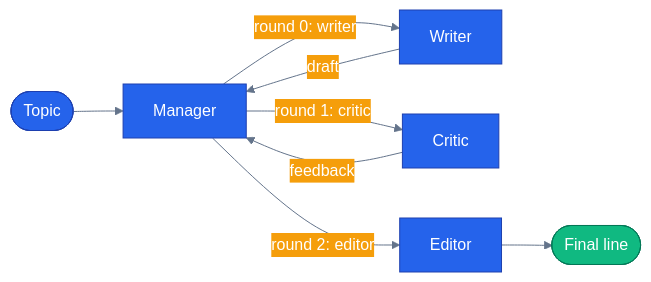
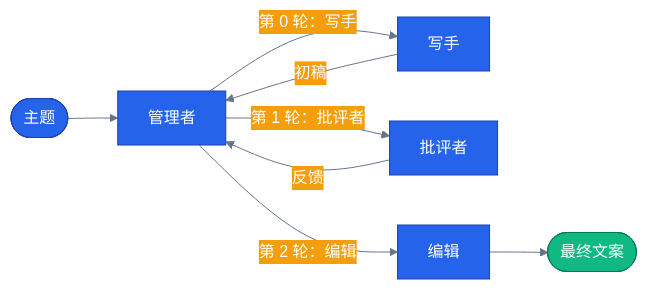
One commit to s1encisi/reliable-commerce-agents changed the diagram in tutorials/15-group-chat-orchestration/README.md. Above: the diagram before and after it, drawn with Mermaid. The commit also changed other lines of this file and 1033 other files, not shown here.

````diff
--- a/tutorials/15-group-chat-orchestration/README.md
+++ b/tutorials/15-group-chat-orchestration/README.md
@@ -28,31 +30,31 @@
 ```mermaid
 %%{init: {'theme':'base', 'themeVariables': {
   'primaryColor': '#2563eb','primaryTextColor': '#ffffff','primaryBorderColor': '#1e40af',
   'lineColor': '#64748b','secondaryColor': '#f59e0b','tertiaryColor': '#10b981',
   'background': 'transparent'}}}%%
 flowchart LR
   classDef core     fill:#2563eb,stroke:#1e40af,color:#ffffff
   classDef external fill:#f59e0b,stroke:#b45309,color:#000000
   classDef success  fill:#10b981,stroke:#047857,color:#ffffff
 
-  topic([Topic])
-  manager[Manager]
-  writer[Writer]
-  critic[Critic]
-  editor[Editor]
-  final([Final line])
+  topic([主题])
+  manager[管理者]
+  writer[写手]
+  critic[批评者]
+  editor[编辑]
+  final([最终文案])
 
   topic --> manager
-  manager -- "round 0: writer" --> writer
-  writer -- "draft" --> manager
-  manager -- "round 1: critic" --> critic
-  critic -- "feedback" --> manager
-  manager -- "round 2: editor" --> editor
+  manager -- "第 0 轮：写手" --> writer
+  writer -- "初稿" --> manager
+  manager -- "第 1 轮：批评者" --> critic
+  critic -- "反馈" --> manager
+  manager -- "第 2 轮：编辑" --> editor
   editor --> final
 
   class manager core
   class writer core
   class critic core
   class editor core
   class final success
 ```
````
